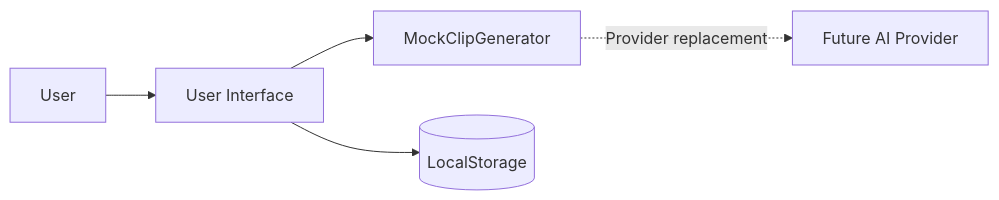
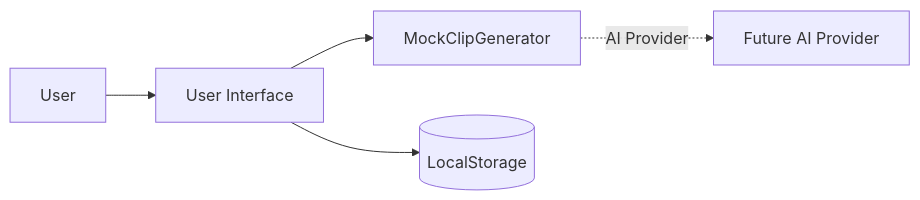
The diagram in README.md (yeis0nn/clipforge-ai), drawn with Mermaid before and after one commit. The commit also changed other lines of this file and 1 other file, not shown here.

````diff
--- a/README.md
+++ b/README.md
@@ -97,7 +102,7 @@
 ```mermaid
 flowchart LR
     User[User] --> UI[User Interface]
     UI --> Generator[MockClipGenerator]
     UI --> Storage[(LocalStorage)]
-    Generator -. Provider replacement .-> AI[Future AI Provider]
+    Generator -. AI Provider .-> AI[Future AI Provider]
 ```
````
